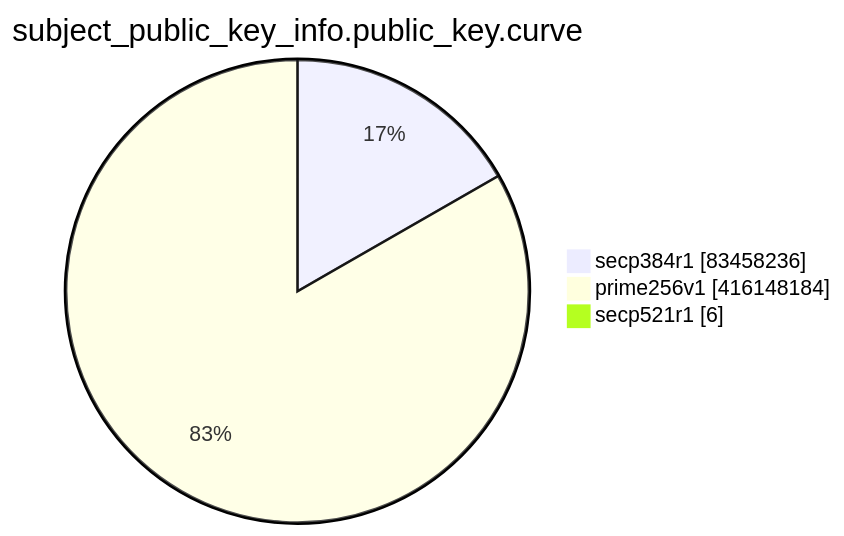
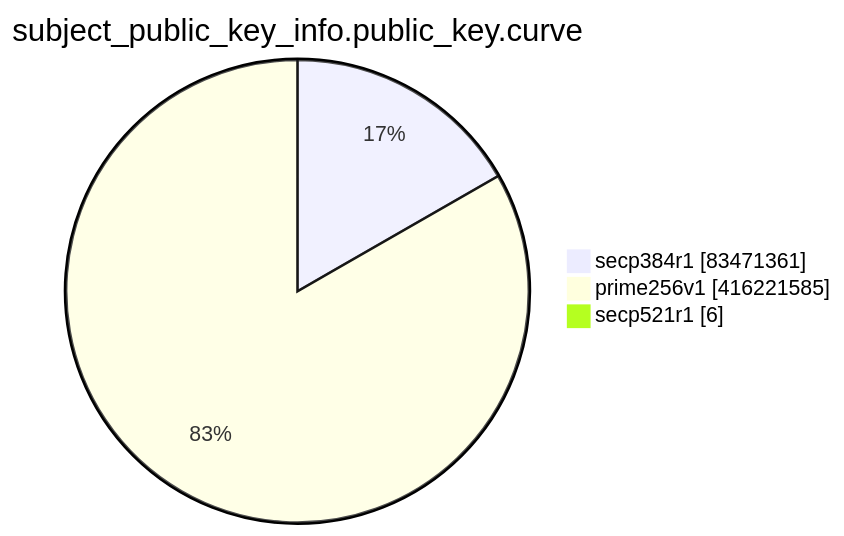
The eighth of 15 diagrams in TOTAL/README.md (christiankrug/ctmonitor_visualization), drawn with Mermaid before and after one commit. The commit also changed other lines of this file, not shown here.

````diff
--- a/TOTAL/README.md
+++ b/TOTAL/README.md
@@ -3098,7 +3098,7 @@
 ```mermaid
 pie showData
 title subject_public_key_info.public_key.curve
-"secp384r1" :83458236
-"prime256v1" :416148184
+"secp384r1" :83471361
+"prime256v1" :416221585
 "secp521r1" :6
 ```
````
